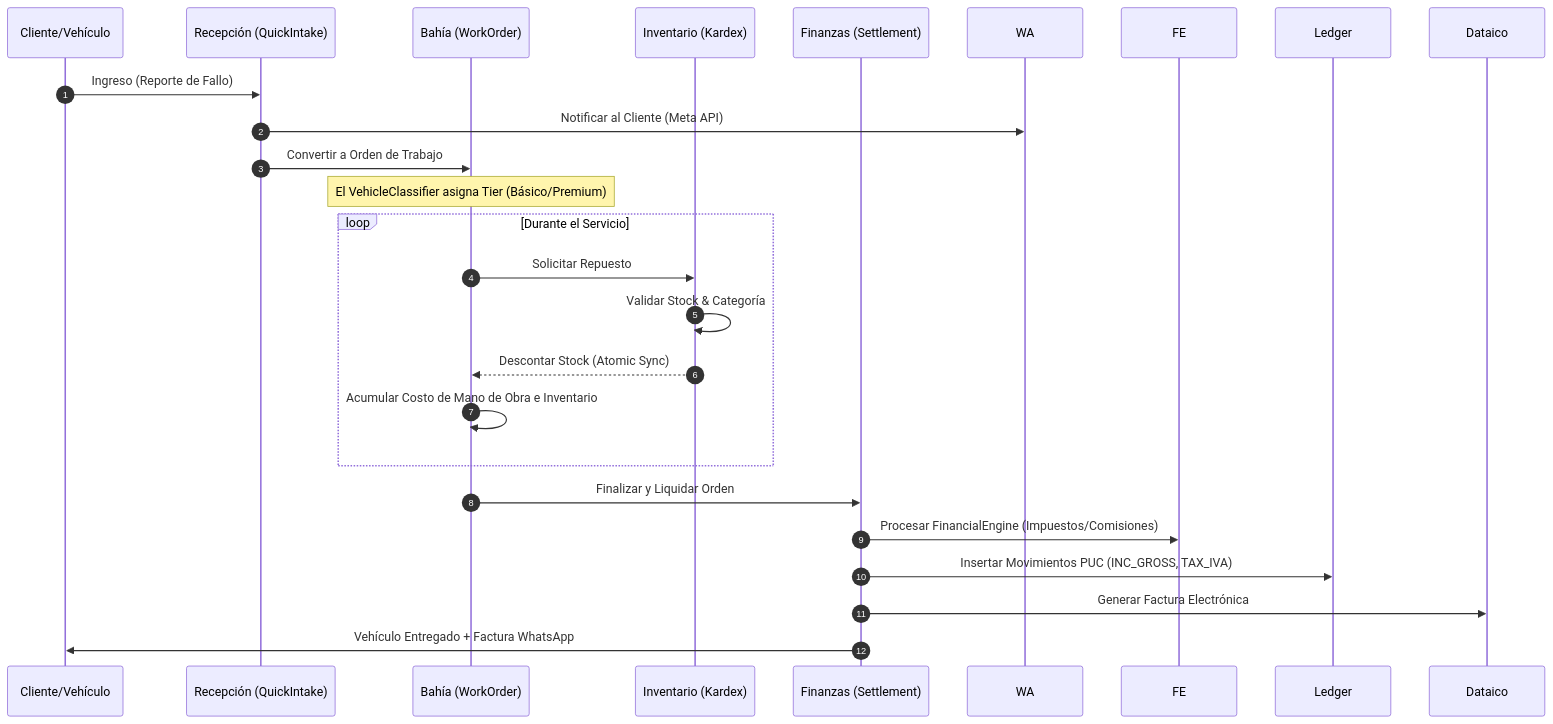
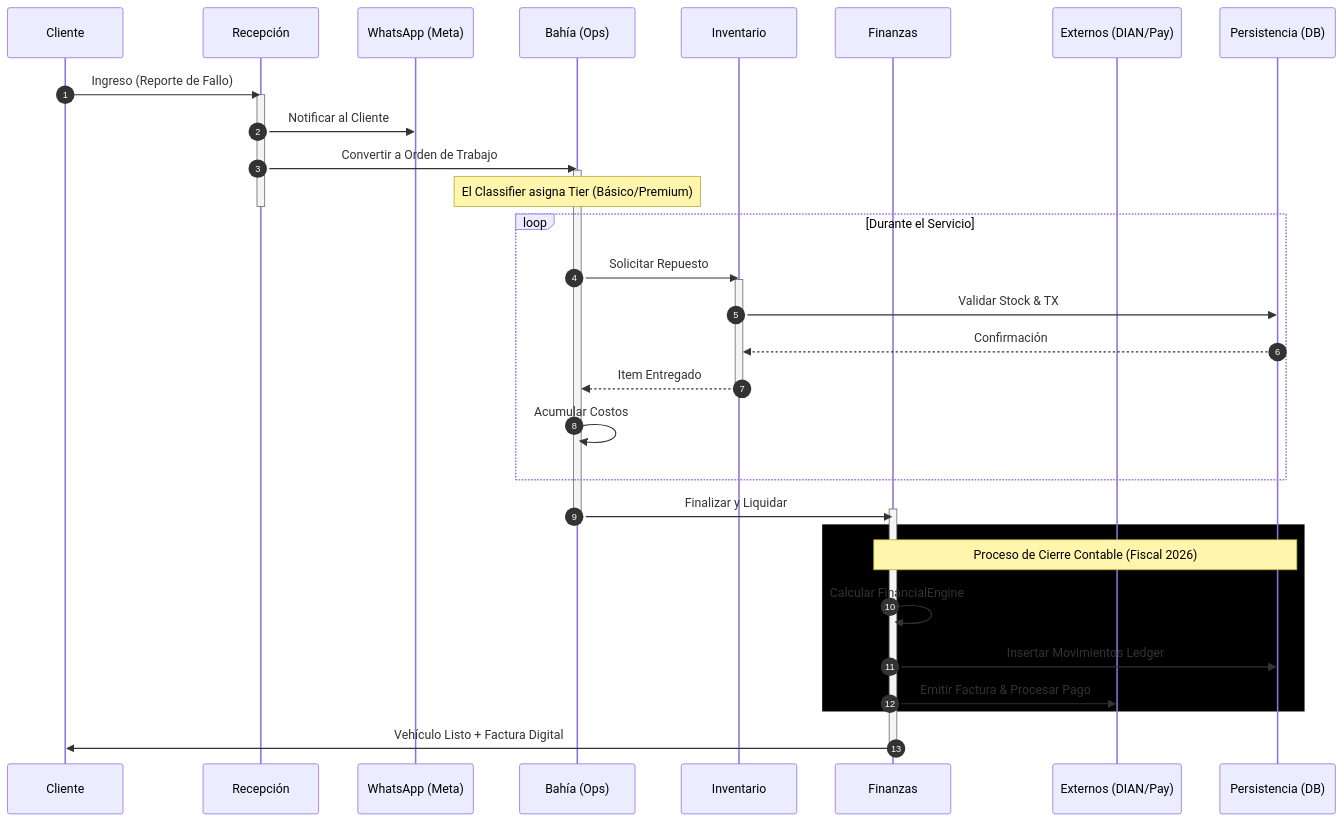
The second of 4 diagrams in README.md (brandonjimenez21/efiscoArchitecture), drawn with Mermaid before and after one commit. The commit also changed other lines of this file, not shown here.

First line of the commit message:
Revise styles and flow diagrams in README.md

````diff
--- a/README.md
+++ b/README.md
@@ -88,27 +80,44 @@
 ```mermaid
 sequenceDiagram
     autonumber
-    participant C as Cliente/Vehículo
-    participant R as Recepción (QuickIntake)
-    participant B as Bahía (WorkOrder)
-    participant I as Inventario (Kardex)
-    participant F as Finanzas (Settlement)
+    participant C as Cliente
+    participant R as Recepción
+    participant WA as WhatsApp (Meta)
+    participant B as Bahía (Ops)
+    participant I as Inventario
+    participant F as Finanzas
+    participant EXT as Externos (DIAN/Pay)
+    participant DB as Persistencia (DB)
 
     C->>R: Ingreso (Reporte de Fallo)
-    R->>WA: Notificar al Cliente (Meta API)
+    activate R
+    R->>WA: Notificar al Cliente
     R->>B: Convertir a Orden de Trabajo
-    Note over B: El VehicleClassifier asigna Tier (Básico/Premium)
+    activate B
+    Note over B: El Classifier asigna Tier (Básico/Premium)
+    deactivate R
     
     loop Durante el Servicio
         B->>I: Solicitar Repuesto
-        I->>I: Validar Stock & Categoría
-        I-->>B: Descontar Stock (Atomic Sync)
-        B->>B: Acumular Costo de Mano de Obra e Inventario
+        activate I
+        I->>DB: Validar Stock & TX
+        DB-->>I: Confirmación
+        I-->>B: Item Entregado
+        deactivate I
+        B->>B: Acumular Costos
     end
     
-    B->>F: Finalizar y Liquidar Orden
-    F->>FE: Procesar FinancialEngine (Impuestos/Comisiones)
-    F->>Ledger: Insertar Movimientos PUC (INC_GROSS, TAX_IVA)
-    F->>Dataico: Generar Factura Electrónica
-    F->>C: Vehículo Entregado + Factura WhatsApp
+    B->>F: Finalizar y Liquidar
+    activate F
+    deactivate B
+    
+    rect rgb(0, 0, 0)
+        Note over F, DB: Proceso de Cierre Contable (Fiscal 2026)
+        F->>F: Calcular FinancialEngine
+        F->>DB: Insertar Movimientos Ledger
+        F->>EXT: Emitir Factura & Procesar Pago
+    end
+    
+    F->>C: Vehículo Listo + Factura Digital
+    deactivate F
 ```
````
